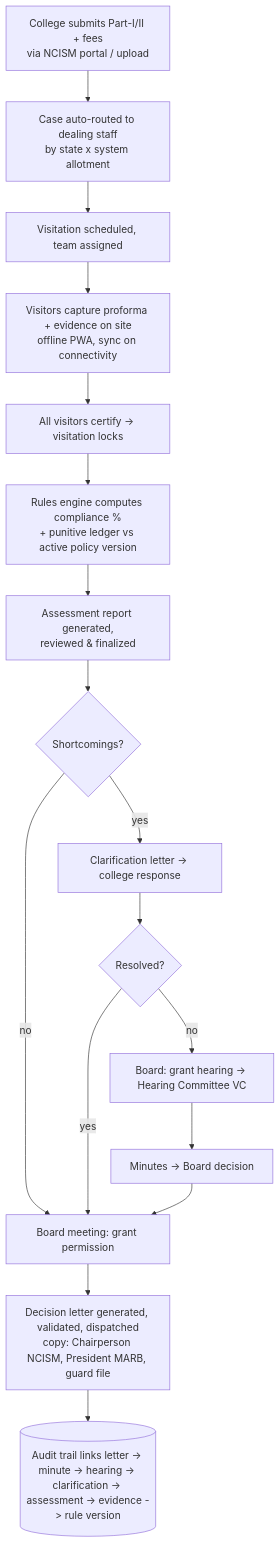
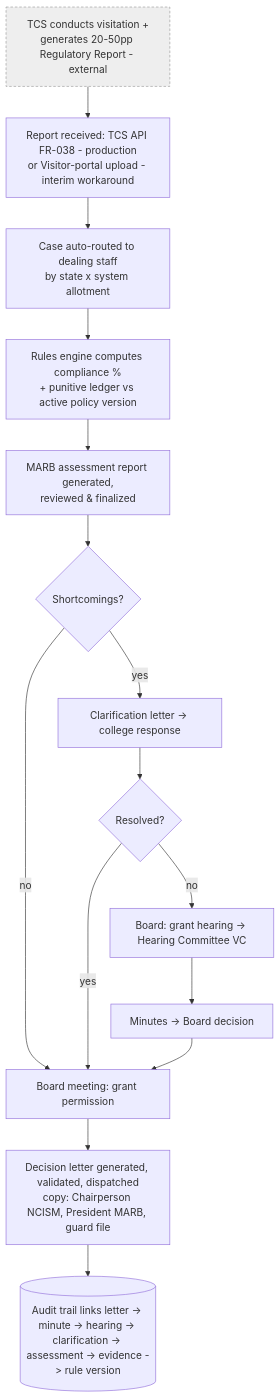
The second of 2 diagrams in docs/srs/06-technical-architecture.md (Abhinash04/NCISM), drawn with Mermaid before and after one commit. The commit also changed other lines of this file and 24 other files, not shown here.

Commit message:
docs: update SRS suite, project architecture documentation, and workflow analysis

````diff
--- a/docs/srs/06-technical-architecture.md
+++ b/docs/srs/06-technical-architecture.md
@@ -91,19 +93,18 @@
 ```mermaid
 flowchart TD
-    A[College submits Part-I/II + fees<br/>via NCISM portal / upload] --> B[Case auto-routed to dealing staff<br/>by state x system allotment]
-    B --> C[Visitation scheduled, team assigned]
-    C --> D[Visitors capture proforma + evidence on site<br/>offline PWA, sync on connectivity]
-    D --> E[All visitors certify -> visitation locks]
-    E --> F[Rules engine computes compliance %<br/>+ punitive ledger vs active policy version]
-    F --> G[Assessment report generated,<br/>reviewed & finalized]
+    T[TCS conducts visitation +<br/>generates 20-50pp Regulatory Report - external]:::ext --> A
+    A[Report received: TCS API FR-038 - production<br/>or Visitor-portal upload - interim workaround] --> B[Case auto-routed to dealing staff<br/>by state x system allotment]
+    B --> F[Rules engine computes compliance %<br/>+ punitive ledger vs active policy version]
+    F --> G[MARB assessment report generated,<br/>reviewed & finalized]
     G --> H{Shortcomings?}
+    classDef ext fill:#eee,stroke:#999,stroke-dasharray:4 3;
     H -- no --> M[Board meeting: grant permission]
     H -- yes --> I[Clarification letter -> college response]
     I --> J{Resolved?}
     J -- yes --> M
     J -- no --> K[Board: grant hearing -> Hearing Committee VC]
     K --> L[Minutes -> Board decision]
     L --> M
     M --> N[Decision letter generated, validated, dispatched<br/>copy: Chairperson NCISM, President MARB, guard file]
     N --> O[(Audit trail links letter -> minute -> hearing -> clarification -> assessment -> evidence -> rule version)]
 ```
````
